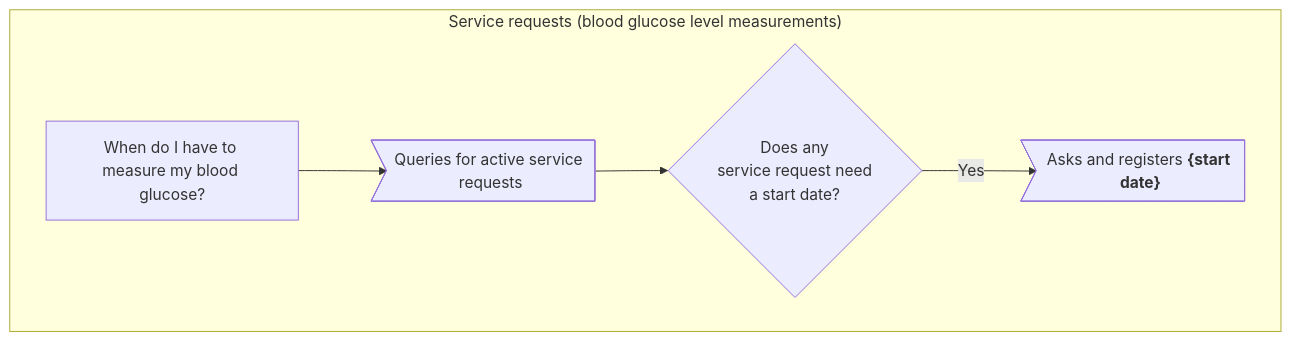
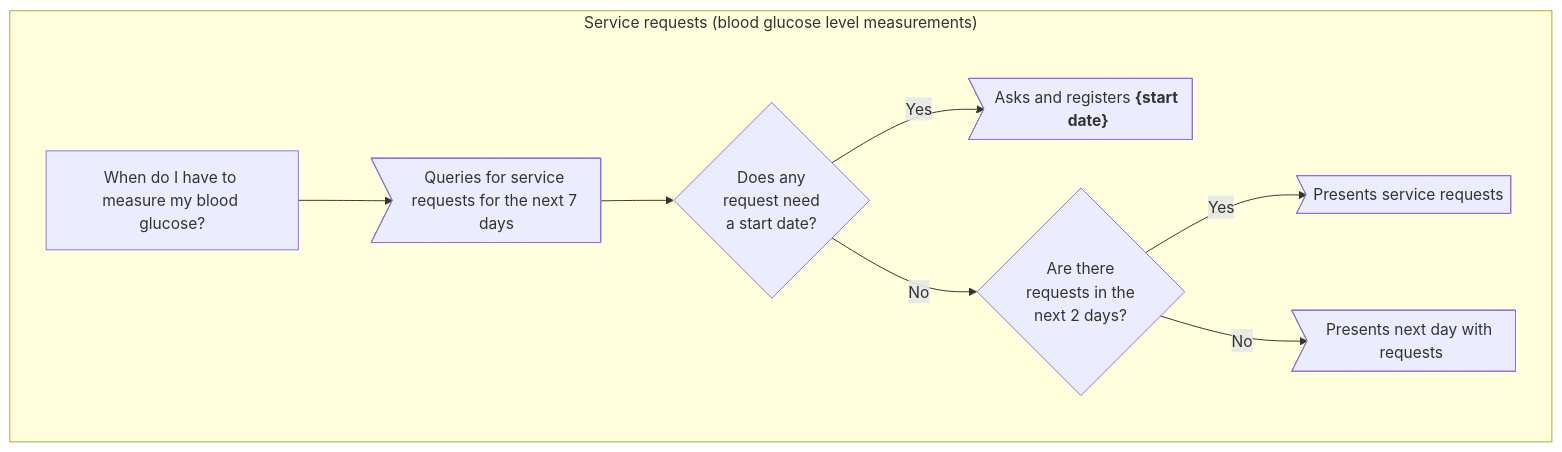
One commit to adonozo/diabetes-assistant-skill changed the fourth of 6 diagrams in alexa-model.md. Above: the diagram before and after it, drawn with Mermaid. The commit also changed other lines of this file and 2 other files, not shown here.

Commit message:
Add search service requests interaction model

````diff
--- a/alexa-model.md
+++ b/alexa-model.md
@@ -43,13 +43,19 @@
 ```mermaid
 graph TD
     subgraph "Service requests (blood glucose level measurements)"
         R7["When do I have to measure my blood glucose?"]
-        A7>"Queries for active service requests"]
-        C7{Does any<br>service request need<br>a start date?}
+        A7>"Queries for service requests for the next 7 days"]
+        C7{Does any<br>request need<br>a start date?}
         A7B>"`Asks and registers **{start date}**`"]
+        C8{"Are there<br>requests in the<br>next 2 days?"}
+        A8A>"Presents service requests"]
+        A8B>"Presents next day with requests"]
 
         R7 --> A7
         A7 --> C7
         C7 -->|Yes| A7B
+        C7 -->|No| C8
+        C8 -->|Yes| A8A
+        C8 -->|No| A8B
     end
 ```
````
